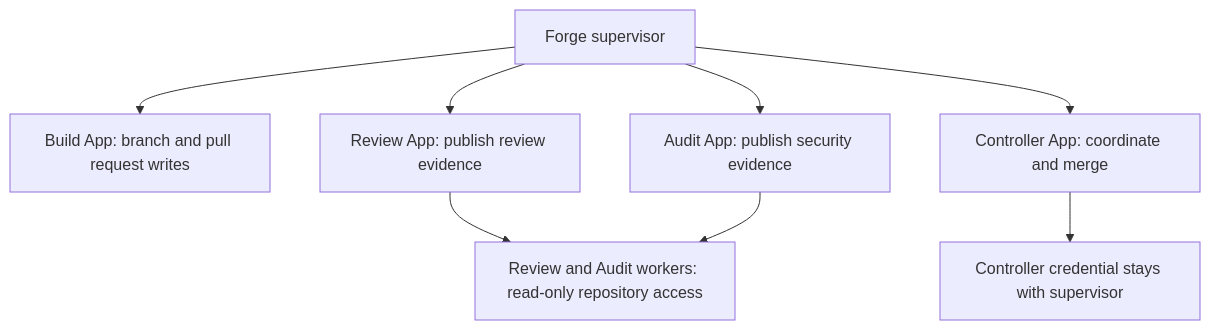
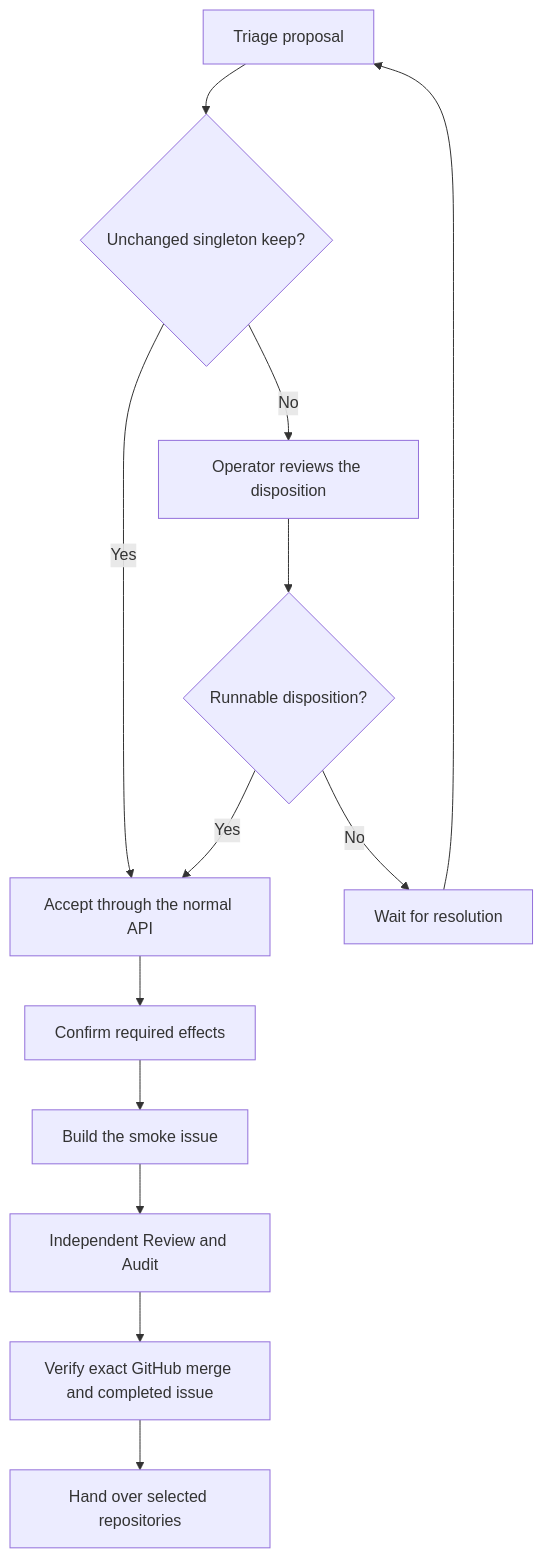
One commit to XRPL-Commons/forge changed the second of 2 diagrams in docs/onboarding.md. Above: the diagram before and after it, drawn with Mermaid. The commit also changed other lines of this file and 49 other files, not shown here.

First line of the commit message:
Complete resumable CLI installation through verified smoke handover (#300)

````diff
--- a/docs/onboarding.md
+++ b/docs/onboarding.md
@@ -28,10 +77,15 @@
 ```mermaid
 flowchart TD
-  F[Forge supervisor] --> B[Build App: branch and pull request writes]
-  F --> R[Review App: publish review evidence]
-  F --> A[Audit App: publish security evidence]
-  F --> C[Controller App: coordinate and merge]
-  R --> RO[Review and Audit workers: read-only repository access]
-  A --> RO
-  C --> S[Controller credential stays with supervisor]
+  T[Triage proposal] --> K{Unchanged singleton keep?}
+  K -->|Yes| A[Accept through the normal API]
+  K -->|No| O[Operator reviews the disposition]
+  O --> D{Runnable disposition?}
+  D -->|Yes| A
+  D -->|No| W[Wait for resolution]
+  W --> T
+  A --> E[Confirm required effects]
+  E --> B[Build the smoke issue]
+  B --> R[Independent Review and Audit]
+  R --> M[Verify exact GitHub merge and completed issue]
+  M --> H[Hand over selected repositories]
 ```
````
